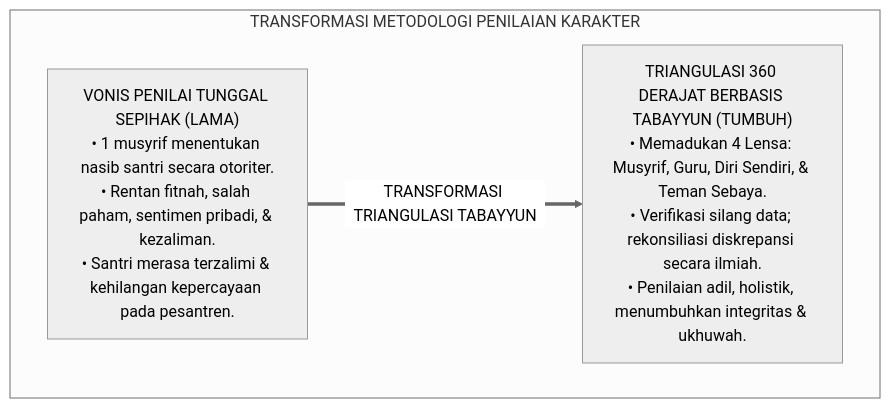
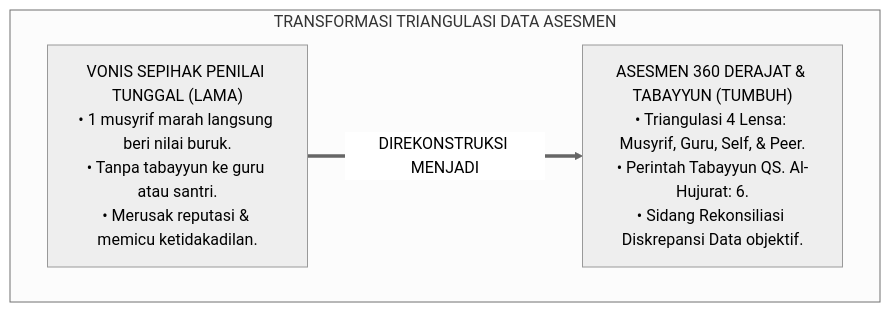
The first of 3 diagrams in 02 Principles/05 Assessment Principles/P2-05-03-Prinsip-Triangulasi-Data-Multi-Sumber.md (wandiapriliyandi/tumbuh), drawn with Mermaid (neutral theme) before and after one commit. The commit also changed other lines of this file and 6 other files, not shown here.

````diff
--- a/02 Principles/05 Assessment Principles/P2-05-03-Prinsip-Triangulasi-Data-Multi-Sumber.md
+++ b/02 Principles/05 Assessment Principles/P2-05-03-Prinsip-Triangulasi-Data-Multi-Sumber.md
@@ -63,10 +57,10 @@
 ```mermaid
 flowchart TD
-    subgraph TransformasiAsesmenMultiSumber["TRANSFORMASI METODOLOGI PENILAIAN KARAKTER"]
-        VonisSepihak["VONIS PENILAI TUNGGAL SEPIHAK (LAMA)<br/>• 1 musyrif menentukan nasib santri secara otoriter.<br/>• Rentan fitnah, salah paham, sentimen pribadi, & kezaliman.<br/>• Santri merasa terzalimi & kehilangan kepercayaan pada pesantren."]
+    subgraph TransformasiTriangulasiData["TRANSFORMASI TRIANGULASI DATA ASESMEN"]
+        PolaTunggalLama["VONIS SEPIHAK PENILAI TUNGGAL (LAMA)<br/>• 1 musyrif marah langsung beri nilai buruk.<br/>• Tanpa tabayyun ke guru atau santri.<br/>• Merusak reputasi & memicu ketidakadilan."]
         
-        TriangulasiTUMBUH["TRIANGULASI 360 DERAJAT BERBASIS TABAYYUN (TUMBUH)<br/>• Memadukan 4 Lensa: Musyrif, Guru, Diri Sendiri, & Teman Sebaya.<br/>• Verifikasi silang data; rekonsiliasi diskrepansi secara ilmiah.<br/>• Penilaian adil, holistik, menumbuhkan integritas & ukhuwah."]
+        PolaTriangulasiTUMBUH["ASESMEN 360 DERAJAT & TABAYYUN (TUMBUH)<br/>• Triangulasi 4 Lensa: Musyrif, Guru, Self, & Peer.<br/>• Perintah Tabayyun QS. Al-Hujurat: 6.<br/>• Sidang Rekonsiliasi Diskrepansi Data objektif."]
         
-        VonisSepihak ==>|TRANSFORMASI TRIANGULASI TABAYYUN| TriangulasiTUMBUH
+        PolaTunggalLama ==>|DIREKONSTRUKSI MENJADI| PolaTriangulasiTUMBUH
     end
 ```
````
